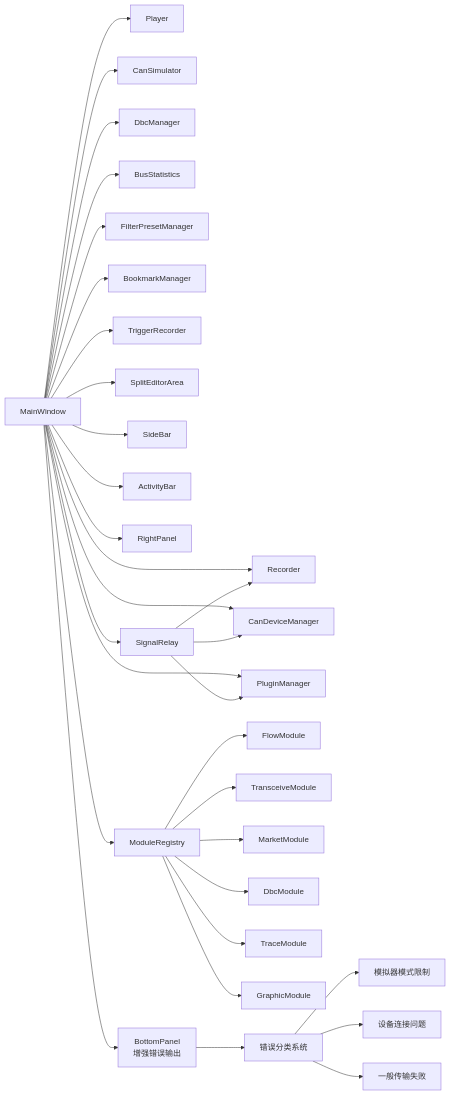
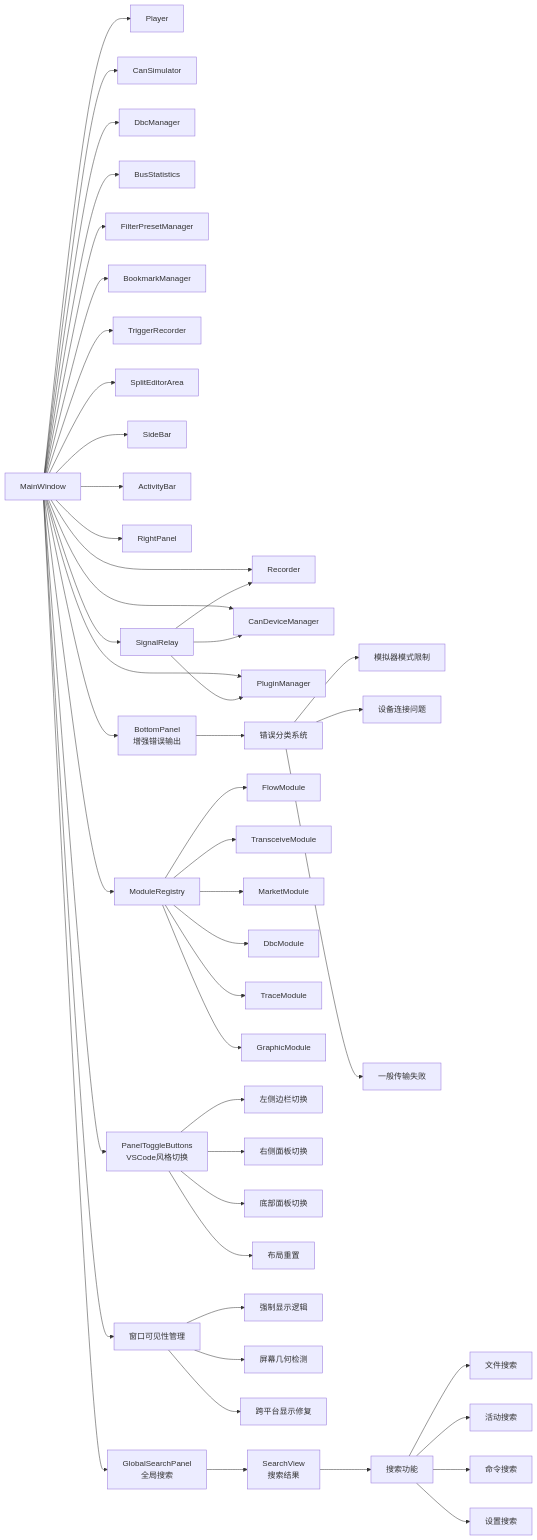
Before and after one commit to jakecai1225-design/OpenBus: diagram 14 of 14 in .qoder/repowiki/zh/content/架构设计/主窗口组件架构.md, drawn with Mermaid. The commit also changed other lines of this file and 58 other files, not shown here.

````diff
--- a/.qoder/repowiki/zh/content/架构设计/主窗口组件架构.md
+++ b/.qoder/repowiki/zh/content/架构设计/主窗口组件架构.md
@@ -569,33 +842,49 @@
 ```mermaid
 graph LR
 MW["MainWindow"] --> R["Recorder"]
 MW --> P["Player"]
 MW --> S["CanSimulator"]
 MW --> DM["CanDeviceManager"]
 MW --> DBM["DbcManager"]
 MW --> BS["BusStatistics"]
 MW --> FPM["FilterPresetManager"]
 MW --> BM["BookmarkManager"]
 MW --> TR["TriggerRecorder"]
 MW --> PM["PluginManager"]
 MW --> EA["SplitEditorArea"]
 MW --> SB["SideBar"]
 MW --> AB["ActivityBar"]
 MW --> RP["RightPanel"]
 MW --> BP["BottomPanel<br/>增强错误输出"]
+MW --> PT["PanelToggleButtons<br/>VSCode风格切换"]
+MW --> SP["GlobalSearchPanel<br/>全局搜索"]
+SP --> SV["SearchView<br/>搜索结果"]
+MW --> WS["窗口可见性管理"]
 MW --> MR["ModuleRegistry"]
 MW --> SR["SignalRelay"]
 MR --> FM["FlowModule"]
 MR --> TM["TransceiveModule"]
 MR --> MM["MarketModule"]
 MR --> DBCM["DbcModule"]
 MR --> TCM["TraceModule"]
 MR --> GM["GraphicModule"]
 SR --> DM
 SR --> PM
 SR --> R
+PT --> LD["左侧边栏切换"]
+PT --> RD["右侧面板切换"]
+PT --> BD["底部面板切换"]
+PT --> RL["布局重置"]
+WS --> SW["强制显示逻辑"]
+WS --> SD["屏幕几何检测"]
+WS --> CP["跨平台显示修复"]
 BP --> ERR["错误分类系统"]
 ERR --> SIM["模拟器模式限制"]
 ERR --> CONN["设备连接问题"]
 ERR --> GEN["一般传输失败"]
+SV --> SEARCH["搜索功能"]
+SEARCH --> FILES["文件搜索"]
+SEARCH --> ACTIVITIES["活动搜索"]
+SEARCH --> COMMANDS["命令搜索"]
+SEARCH --> SETTINGS["设置搜索"]
 ```
````
